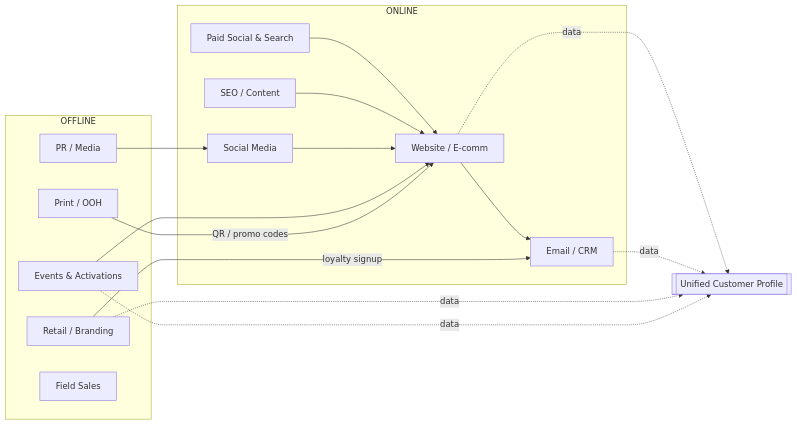
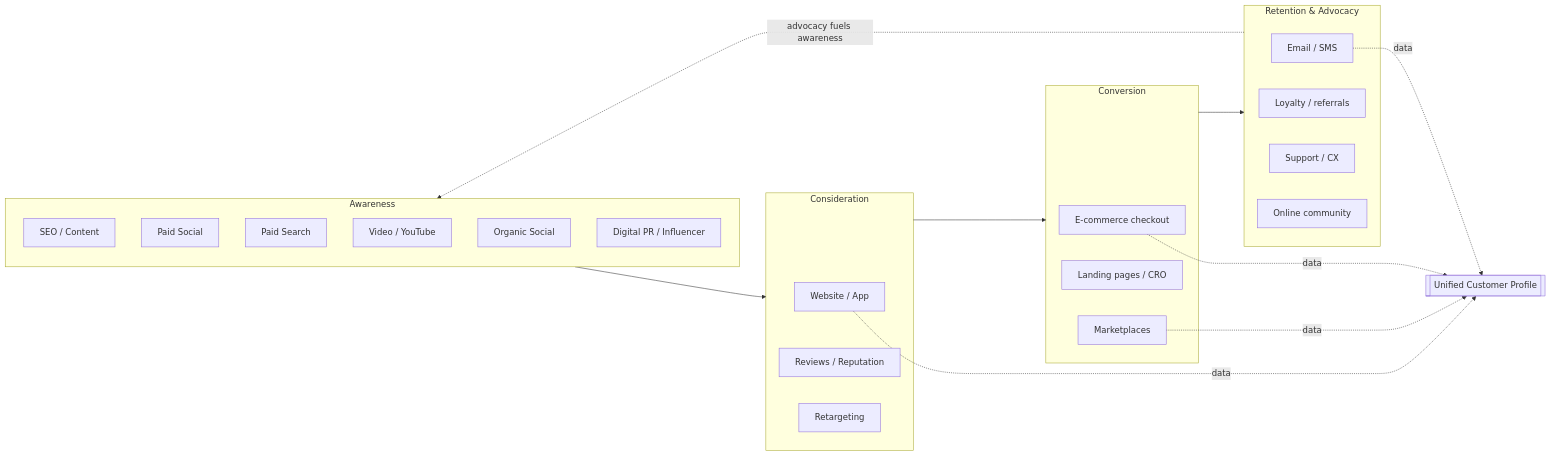
Before and after one commit to atikurrahman136859-sys/kiro: the fourth of 6 diagrams in 360-growth-framework/03-business-ecosystem.md, drawn with Mermaid. The commit also changed other lines of this file and 14 other files, not shown here.

First line of the commit message:
Reframe as online-only 360 digital services provider

````diff
--- a/360-growth-framework/03-business-ecosystem.md
+++ b/360-growth-framework/03-business-ecosystem.md
@@ -112,29 +112,33 @@
 ```mermaid
 flowchart LR
-    subgraph ONLINE["ONLINE"]
-        W["Website / E-comm"]
+    subgraph AWARE["Awareness"]
         SEO["SEO / Content"]
-        ADS["Paid Social & Search"]
-        EMAIL["Email / CRM"]
-        SOCIAL["Social Media"]
+        PAIDS["Paid Social"]
+        PAIDSEARCH["Paid Search"]
+        VIDEO["Video / YouTube"]
+        SOCIAL["Organic Social"]
+        DPR["Digital PR / Influencer"]
     end
-    subgraph OFFLINE["OFFLINE"]
-        RETAIL["Retail / Branding"]
-        EVENTS["Events & Activations"]
-        PRINT["Print / OOH"]
-        PR["PR / Media"]
-        FIELD["Field Sales"]
+    subgraph CONSIDER["Consideration"]
+        W["Website / App"]
+        REVIEWS["Reviews / Reputation"]
+        RETARGET["Retargeting"]
     end
-    ADS --> W
-    SEO --> W
-    SOCIAL --> W
-    W --> EMAIL
-    EVENTS --> W
-    PRINT -->|QR / promo codes| W
-    RETAIL -->|loyalty signup| EMAIL
-    PR --> SOCIAL
+    subgraph CONVERT["Conversion"]
+        ECOM["E-commerce checkout"]
+        LP["Landing pages / CRO"]
+        MKTPLACE["Marketplaces"]
+    end
+    subgraph KEEP["Retention & Advocacy"]
+        EMAIL["Email / SMS"]
+        LOYALTY["Loyalty / referrals"]
+        SUPPORT["Support / CX"]
+        COMMUNITY["Online community"]
+    end
+    AWARE --> CONSIDER --> CONVERT --> KEEP
+    KEEP -.advocacy fuels awareness.-> AWARE
     W -. data .-> HUB[["Unified Customer Profile"]]
+    ECOM -. data .-> HUB
     EMAIL -. data .-> HUB
-    RETAIL -. data .-> HUB
-    EVENTS -. data .-> HUB
+    MKTPLACE -. data .-> HUB
 ```
````
